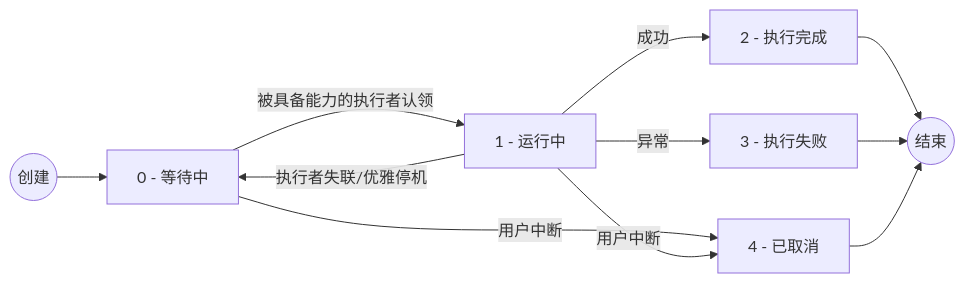
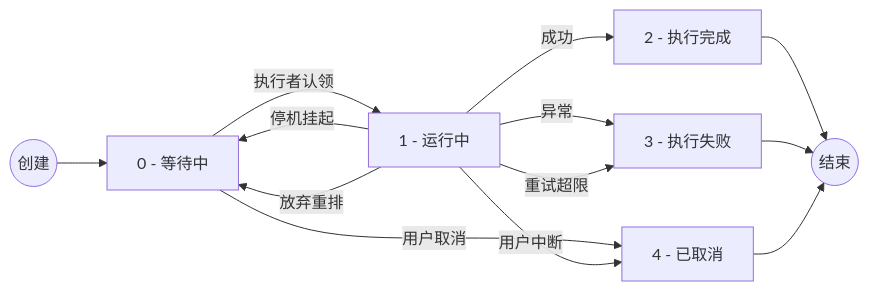
The second of 2 diagrams in docs/develop/framework/async-task.md (mjt233/saltedfishcloud-backend), drawn with Mermaid before and after one commit. The commit also changed other lines of this file, not shown here.

````diff
--- a/docs/develop/framework/async-task.md
+++ b/docs/develop/framework/async-task.md
@@ -171,13 +171,15 @@
 ```mermaid
 graph LR
   CREATE((创建)) --> WAIT[0 - 等待中]
-  WAIT -->|被具备能力的执行者认领| RUN[1 - 运行中]
-  WAIT -->|用户中断| CANCEL[4 - 已取消]
+  WAIT -->|执行者认领| RUN[1 - 运行中]
+  WAIT -->|用户取消| CANCEL[4 - 已取消]
   RUN -->|成功| FINISH[2 - 执行完成]
   RUN -->|异常| FAILED[3 - 执行失败]
   RUN -->|用户中断| CANCEL
-  RUN -->|执行者失联/优雅停机| WAIT
+  RUN -->|"停机挂起"| WAIT
+  RUN -->|"放弃重排"| WAIT
+  RUN -->|"重试超限"| FAILED
   FINISH --> END((结束))
   FAILED --> END
   CANCEL --> END
 ```
````
